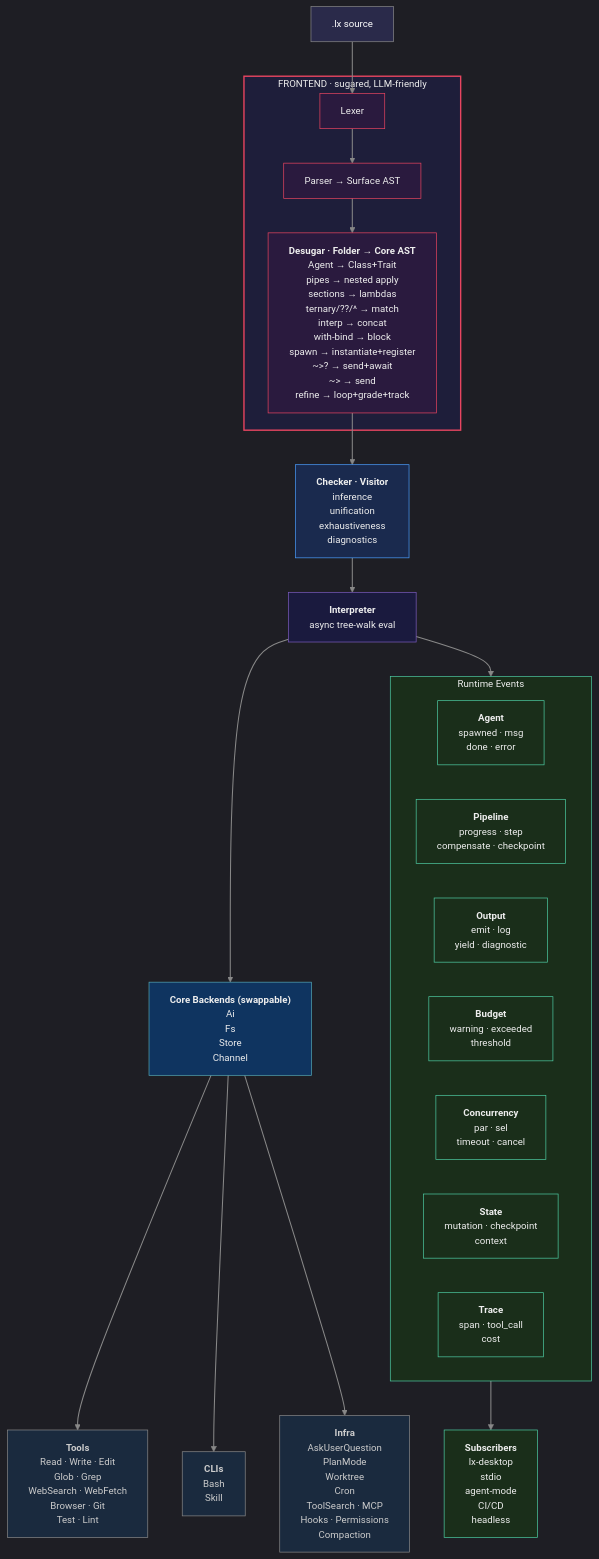
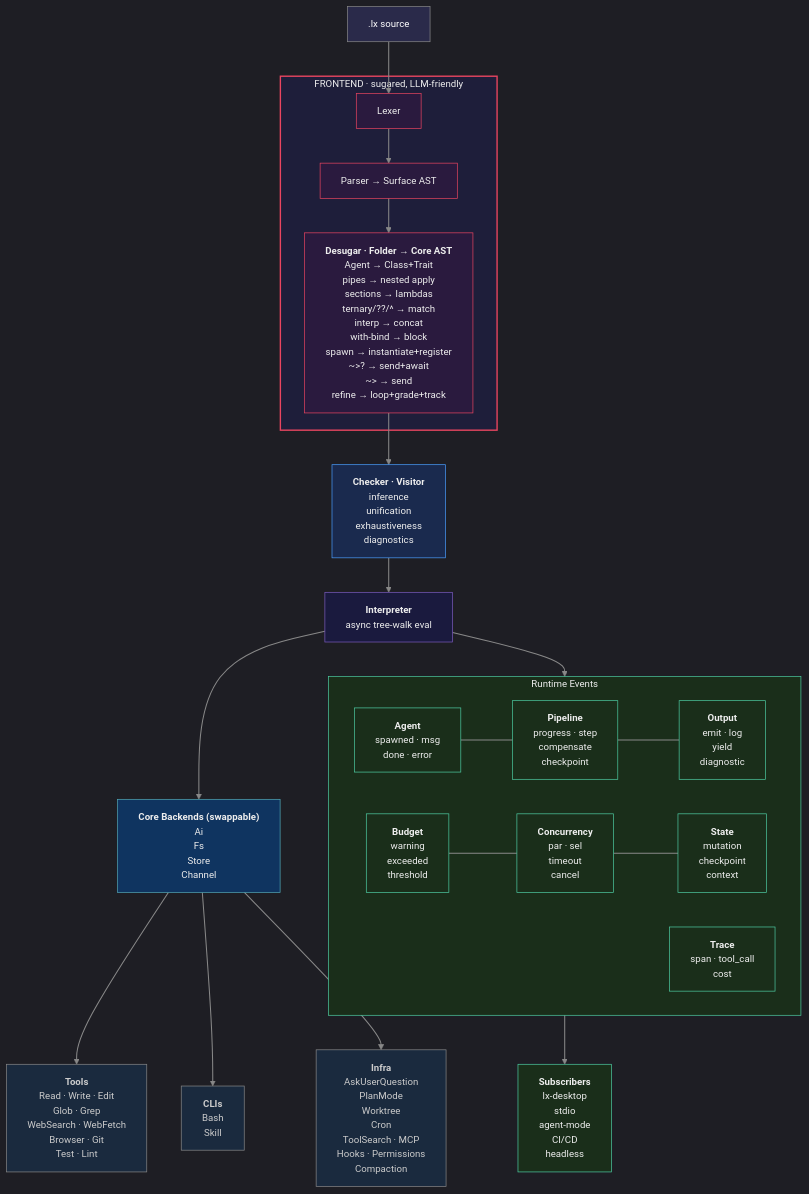
One commit to Distortedlogic/lx changed the diagram in DIAGRAM.mmd. Above: the diagram before and after it, drawn with Mermaid. The commit also changed 18 other files, not shown here.

Commit message:
Update DIAGRAM.mmd, DIAGRAM.png, tailwind.css, and 16 more files

```diff
--- a/DIAGRAM.mmd
+++ b/DIAGRAM.mmd
@@ -1,108 +1,119 @@
 %%{init: {'theme': 'dark', 'themeVariables': {'primaryColor': '#2a2a4a', 'primaryTextColor': '#e0e0e0', 'primaryBorderColor': '#555', 'lineColor': '#888', 'fontSize': '14px', 'fontFamily': 'monospace'}}}%%
 
 graph TD
     source[".lx source"]
 
     subgraph FRONTEND ["FRONTEND · sugared, LLM-friendly"]
         lexer["Lexer"] --> parser["Parser → Surface AST"]
         parser --> desugar["`**Desugar · Folder → Core AST**
 Agent → Class+Trait
 pipes → nested apply
 sections → lambdas
 ternary/??/^ → match
 interp → concat
 with-bind → block
 spawn → instantiate+register
 ~>? → send+await
 ~> → send
 refine → loop+grade+track`"]
     end
 
     source --> lexer
     desugar --> checker["`**Checker · Visitor**
 inference
 unification
 exhaustiveness
 diagnostics`"]
     checker --> interpreter["`**Interpreter**
 async tree-walk eval`"]
 
     interpreter --> backends["`**Core Backends (swappable)**
 Ai
 Fs
 Store
 Channel`"]
 
     interpreter --> events
 
     subgraph events ["Runtime Events"]
+        direction LR
         evt_agent["`**Agent**
 spawned · msg
 done · error`"]
         evt_pipeline["`**Pipeline**
 progress · step
-compensate · checkpoint`"]
+compensate
+checkpoint`"]
         evt_output["`**Output**
 emit · log
-yield · diagnostic`"]
+yield
+diagnostic`"]
+
         evt_budget["`**Budget**
-warning · exceeded
+warning
+exceeded
 threshold`"]
         evt_concurrency["`**Concurrency**
 par · sel
-timeout · cancel`"]
+timeout
+cancel`"]
         evt_state["`**State**
-mutation · checkpoint
+mutation
+checkpoint
 context`"]
+
         evt_trace["`**Trace**
 span · tool_call
 cost`"]
+
+        evt_agent ~~~ evt_pipeline ~~~ evt_output
+        evt_budget ~~~ evt_concurrency ~~~ evt_state
     end
 
     backends --> tools["`**Tools**
 Read · Write · Edit
 Glob · Grep
 WebSearch · WebFetch
 Browser · Git
 Test · Lint`"]
     backends --> clis["`**CLIs**
 Bash
 Skill`"]
     backends --> infra["`**Infra**
 AskUserQuestion
 PlanMode
 Worktree
 Cron
 ToolSearch · MCP
 Hooks · Permissions
 Compaction`"]
 
     events --> subs["`**Subscribers**
 lx-desktop
 stdio
 agent-mode
 CI/CD
 headless`"]
 
     style FRONTEND fill:#1e1e3a,stroke:#e94560,color:#eee,stroke-width:2px
     style source fill:#2a2a4a,stroke:#888,color:#fff
     style lexer fill:#2a1a3e,stroke:#e94560,color:#eee
     style parser fill:#2a1a3e,stroke:#e94560,color:#eee
     style desugar fill:#2a1a3e,stroke:#e94560,color:#eee
     style checker fill:#1a2a4e,stroke:#4a9eff,color:#eee
     style interpreter fill:#1a1a3e,stroke:#7c5cbf,color:#eee
     style backends fill:#0f3460,stroke:#53a8b6,color:#eee
     style tools fill:#1a2a3e,stroke:#888,color:#ccc
     style clis fill:#1a2a3e,stroke:#888,color:#ccc
     style infra fill:#1a2a3e,stroke:#888,color:#ccc
     style events fill:#1a2e1a,stroke:#4ecca3,color:#eee
     style evt_agent fill:#1a2e1a,stroke:#4ecca3,color:#eee
     style evt_pipeline fill:#1a2e1a,stroke:#4ecca3,color:#eee
     style evt_output fill:#1a2e1a,stroke:#4ecca3,color:#eee
     style evt_budget fill:#1a2e1a,stroke:#4ecca3,color:#eee
     style evt_concurrency fill:#1a2e1a,stroke:#4ecca3,color:#eee
     style evt_state fill:#1a2e1a,stroke:#4ecca3,color:#eee
     style evt_trace fill:#1a2e1a,stroke:#4ecca3,color:#eee
     style subs fill:#1a2e1a,stroke:#4ecca3,color:#eee
 
     linkStyle default stroke:#888,stroke-width:1.5px
```
